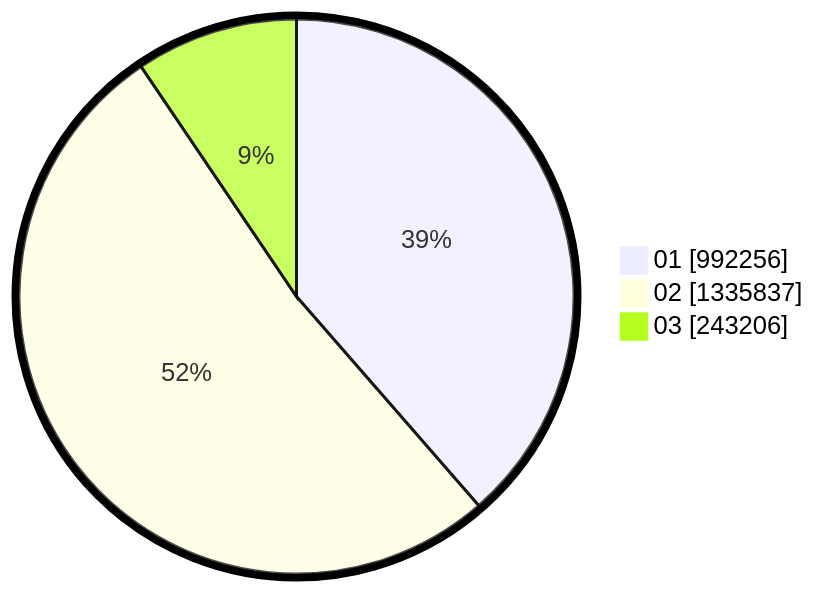
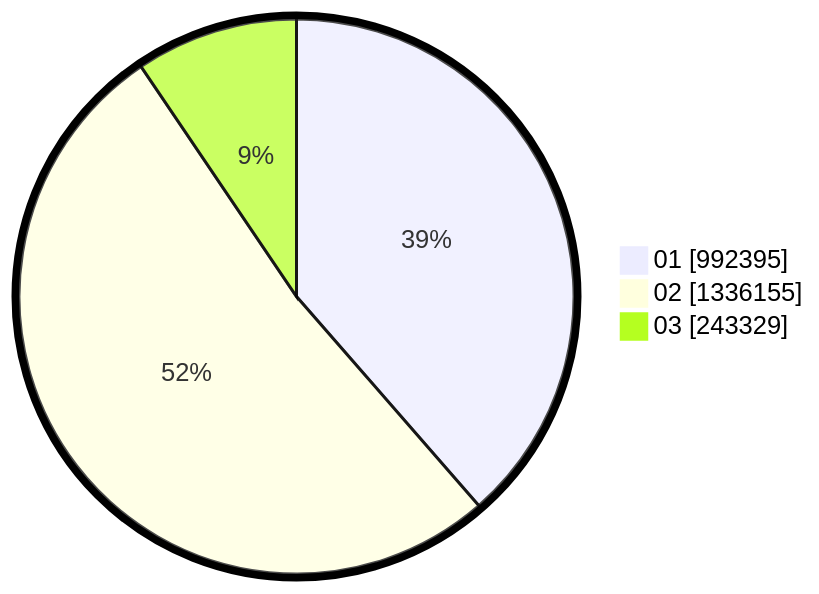
Before and after one commit to gigit-pemilu/pemilu-2024: the second of 2 diagrams in pilpres/hitung-suara/sub/table-wilayah-14.md, drawn with Mermaid. The commit also changed other lines of this file and 8 other files, not shown here.

````diff
--- a/pilpres/hitung-suara/sub/table-wilayah-14.md
+++ b/pilpres/hitung-suara/sub/table-wilayah-14.md
@@ -15,7 +15,7 @@
 ```mermaid
 %%{init: {"pie": {"textPosition": 0.5}, "themeVariables": {"pieOuterStrokeWidth": "5px"}} }%%
 pie showData
-    "01" : 992256
-    "02" : 1335837
-    "03" : 243206
+    "01" : 992395
+    "02" : 1336155
+    "03" : 243329
 ```
````
